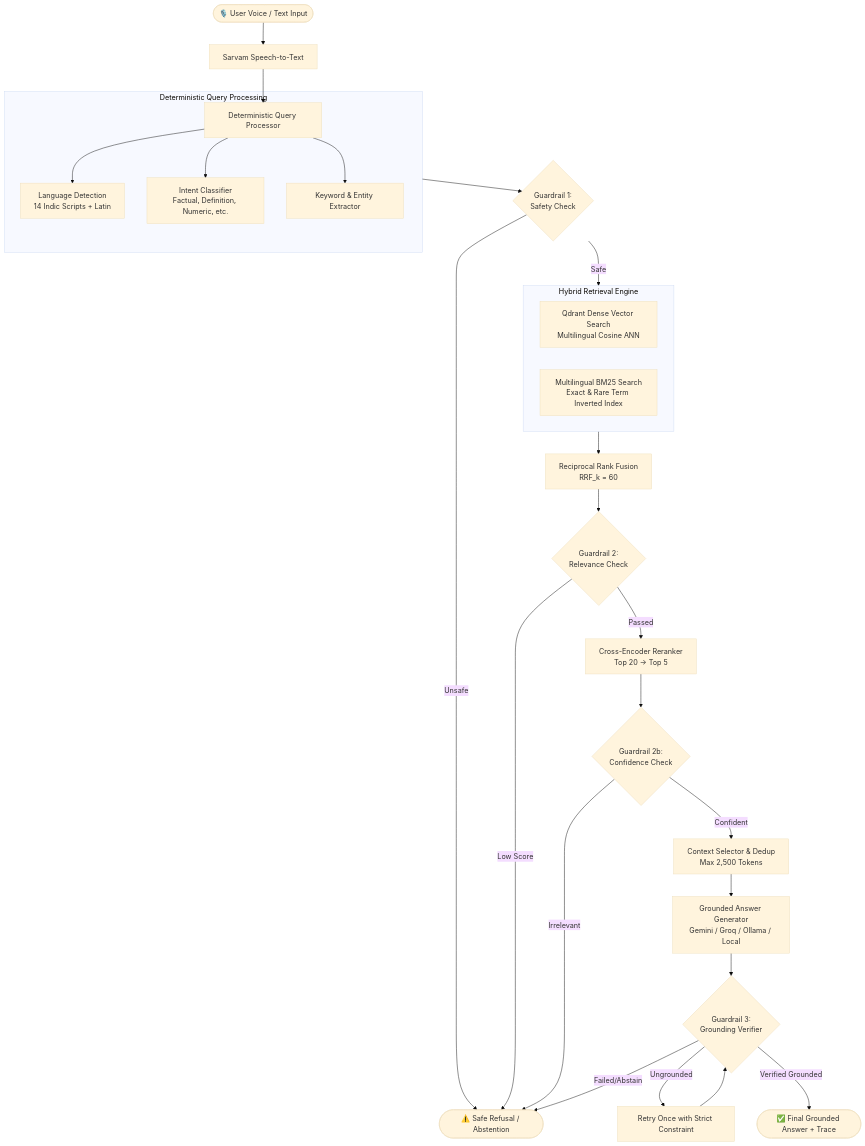
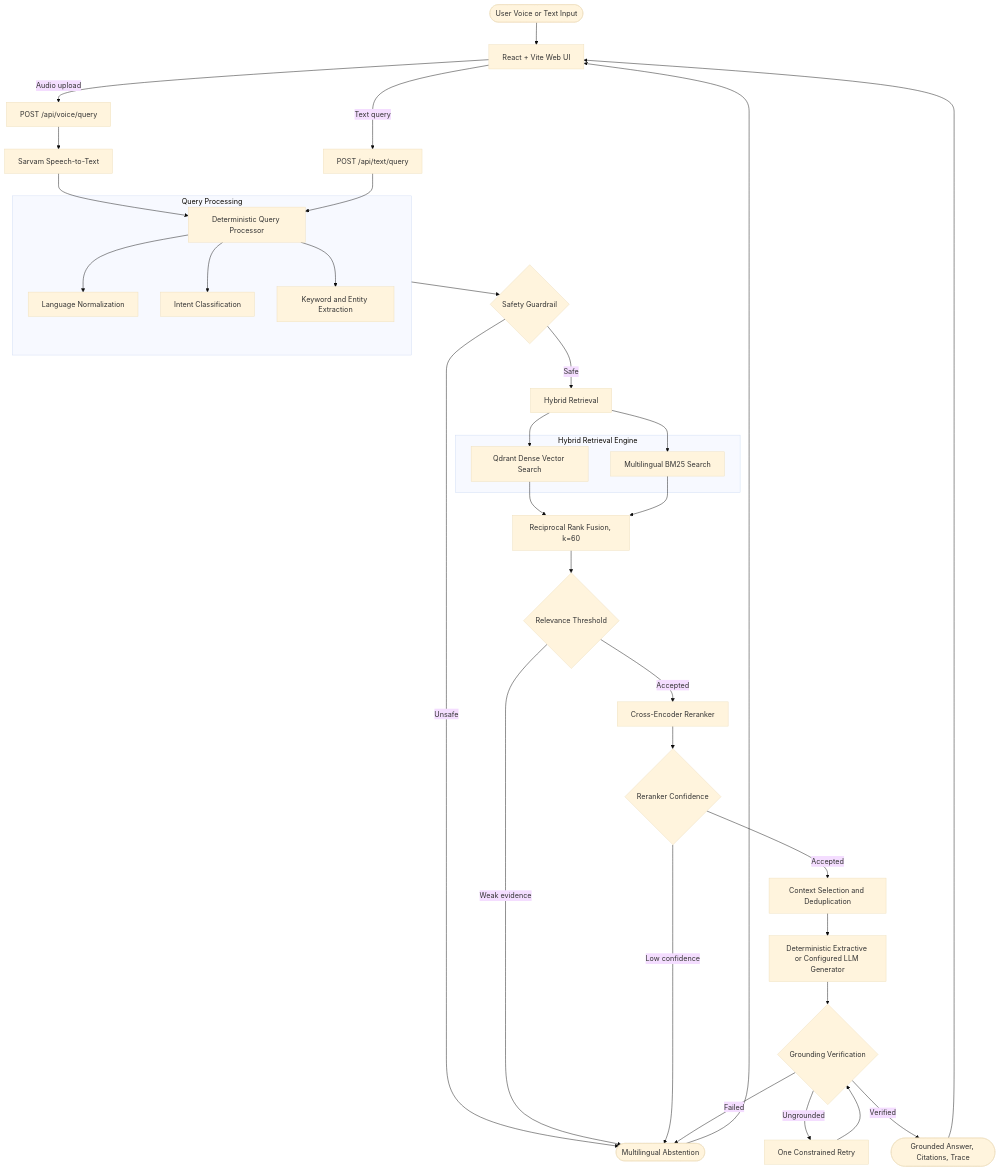
One commit to Avaneesh27/hh-goa-2026-task-2 changed the diagram in README.md. Above: the diagram before and after it, drawn with Mermaid (base theme). The commit also changed other lines of this file, not shown here.

````diff
--- a/README.md
+++ b/README.md
@@ -18,37 +18,46 @@
 ```mermaid
 flowchart TD
-    UserVoice([🎙️ User Voice / Text Input]) --> STT[Sarvam Speech-to-Text]
-    STT --> QP[Deterministic Query Processor]
-    
-    subgraph QueryProcessing [Deterministic Query Processing]
-        QP --> LangDetect[Language Detection\n14 Indic Scripts + Latin]
-        QP --> IntentClass[Intent Classifier\nFactual, Definition, Numeric, etc.]
-        QP --> KwExtract[Keyword & Entity Extractor]
+    UserInput([User Voice or Text Input]) --> Frontend[React + Vite Web UI]
+    Frontend -->|Text query| TextAPI[POST /api/text/query]
+    Frontend -->|Audio upload| VoiceAPI[POST /api/voice/query]
+
+    VoiceAPI --> STT[Sarvam Speech-to-Text]
+    STT --> QueryProcessor[Deterministic Query Processor]
+    TextAPI --> QueryProcessor
+
+    subgraph QueryProcessing [Query Processing]
+        QueryProcessor --> Language[Language Normalization]
+        QueryProcessor --> Intent[Intent Classification]
+        QueryProcessor --> Keywords[Keyword and Entity Extraction]
     end
 
-    QueryProcessing --> SafetyGuard{Guardrail 1:\nSafety Check}
-    SafetyGuard -- Unsafe --> AbstainResp([⚠️ Safe Refusal / Abstention])
-    SafetyGuard -- Safe --> HybridSearch
+    QueryProcessing --> Safety{Safety Guardrail}
+    Safety -- Unsafe --> Abstain([Multilingual Abstention])
+    Safety -- Safe --> Hybrid[Hybrid Retrieval]
 
-    subgraph HybridSearch [Hybrid Retrieval Engine]
-        Dense[Qdrant Dense Vector Search\nMultilingual Cosine ANN]
-        BM25[Multilingual BM25 Search\nExact & Rare Term Inverted Index]
+    subgraph HybridRetrieval [Hybrid Retrieval Engine]
+        Dense[Qdrant Dense Vector Search]
+        Sparse[Multilingual BM25 Search]
     end
 
-    HybridSearch --> RRF[Reciprocal Rank Fusion\nRRF_k = 60]
-    RRF --> RelGuard{Guardrail 2:\nRelevance Check}
-    RelGuard -- Low Score --> AbstainResp
-    RelGuard -- Passed --> Reranker[Cross-Encoder Reranker\nTop 20 → Top 5]
-    
-    Reranker --> RerankGuard{Guardrail 2b:\nConfidence Check}
-    RerankGuard -- Irrelevant --> AbstainResp
-    RerankGuard -- Confident --> CtxSel[Context Selector & Dedup\nMax 2,500 Tokens]
-    
-    CtxSel --> LLMGen[Grounded Answer Generator\nGemini / Groq / Ollama / Local]
-    LLMGen --> GroundGuard{Guardrail 3:\nGrounding Verifier}
-    
-    GroundGuard -- Ungrounded --> RetryGen[Retry Once with Strict Constraint]
-    RetryGen --> GroundGuard
-    GroundGuard -- Failed/Abstain --> AbstainResp
-    GroundGuard -- Verified Grounded --> Formatter([✅ Final Grounded Answer + Trace])
+    Hybrid --> Dense
+    Hybrid --> Sparse
+    Dense --> Fusion[Reciprocal Rank Fusion, k=60]
+    Sparse --> Fusion
+    Fusion --> Relevance{Relevance Threshold}
+    Relevance -- Weak evidence --> Abstain
+    Relevance -- Accepted --> Reranker[Cross-Encoder Reranker]
+    Reranker --> Confidence{Reranker Confidence}
+    Confidence -- Low confidence --> Abstain
+    Confidence -- Accepted --> Context[Context Selection and Deduplication]
+
+    Context --> Generator[Deterministic Extractive or Configured LLM Generator]
+    Generator --> Grounding{Grounding Verification}
+    Grounding -- Ungrounded --> Retry[One Constrained Retry]
+    Retry --> Grounding
+    Grounding -- Failed --> Abstain
+    Grounding -- Verified --> Answer([Grounded Answer, Citations, Trace])
+
+    Answer --> Frontend
+    Abstain --> Frontend
 ```
````
